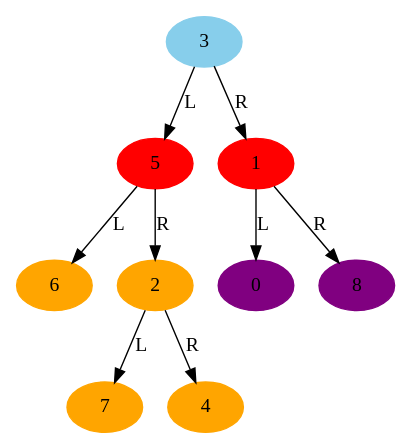
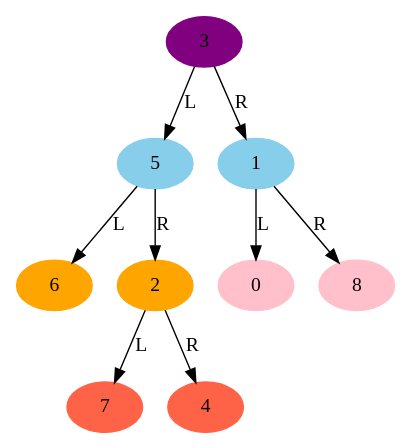
The diagram in btree/output/tree_by_string.gv (Batman001/leetcode_in_python), drawn with Graphviz before and after one commit. The commit also changed 11 other files, not shown here.

```diff
--- a/btree/output/tree_by_string.gv
+++ b/btree/output/tree_by_string.gv
@@ -1,20 +1,20 @@
 // Binary Tree
 digraph {
-	"ebc80d68-2139-11ea-9b93-4074e04adad9" [label=3 color=skyblue style=filled]
-	"ebc80d69-2139-11ea-a0ba-4074e04adad9" [label=5 color=red style=filled]
-	"ebc80d68-2139-11ea-9b93-4074e04adad9" -> "ebc80d69-2139-11ea-a0ba-4074e04adad9" [label=L]
-	"ebc80d6a-2139-11ea-854a-4074e04adad9" [label=6 color=orange style=filled]
-	"ebc80d69-2139-11ea-a0ba-4074e04adad9" -> "ebc80d6a-2139-11ea-854a-4074e04adad9" [label=L]
-	"ebc80d6b-2139-11ea-8608-4074e04adad9" [label=2 color=orange style=filled]
-	"ebc80d69-2139-11ea-a0ba-4074e04adad9" -> "ebc80d6b-2139-11ea-8608-4074e04adad9" [label=R]
-	"ebc80d6c-2139-11ea-befc-4074e04adad9" [label=7 color=orange style=filled]
-	"ebc80d6b-2139-11ea-8608-4074e04adad9" -> "ebc80d6c-2139-11ea-befc-4074e04adad9" [label=L]
-	"ebc80d6d-2139-11ea-971d-4074e04adad9" [label=4 color=orange style=filled]
-	"ebc80d6b-2139-11ea-8608-4074e04adad9" -> "ebc80d6d-2139-11ea-971d-4074e04adad9" [label=R]
-	"ebc80d6e-2139-11ea-aca7-4074e04adad9" [label=1 color=red style=filled]
-	"ebc80d68-2139-11ea-9b93-4074e04adad9" -> "ebc80d6e-2139-11ea-aca7-4074e04adad9" [label=R]
-	"ebc80d6f-2139-11ea-a3aa-4074e04adad9" [label=0 color=purple style=filled]
-	"ebc80d6e-2139-11ea-aca7-4074e04adad9" -> "ebc80d6f-2139-11ea-a3aa-4074e04adad9" [label=L]
-	"ebc80d70-2139-11ea-ab48-4074e04adad9" [label=8 color=purple style=filled]
-	"ebc80d6e-2139-11ea-aca7-4074e04adad9" -> "ebc80d70-2139-11ea-ab48-4074e04adad9" [label=R]
+	"4f54cd28-a1aa-11eb-b4b0-1e00da1ed869" [label=3 color=purple style=filled]
+	"4f54d23c-a1aa-11eb-b4b0-1e00da1ed869" [label=5 color=skyblue style=filled]
+	"4f54cd28-a1aa-11eb-b4b0-1e00da1ed869" -> "4f54d23c-a1aa-11eb-b4b0-1e00da1ed869" [label=L]
+	"4f54d372-a1aa-11eb-b4b0-1e00da1ed869" [label=6 color=orange style=filled]
+	"4f54d23c-a1aa-11eb-b4b0-1e00da1ed869" -> "4f54d372-a1aa-11eb-b4b0-1e00da1ed869" [label=L]
+	"4f54d444-a1aa-11eb-b4b0-1e00da1ed869" [label=2 color=orange style=filled]
+	"4f54d23c-a1aa-11eb-b4b0-1e00da1ed869" -> "4f54d444-a1aa-11eb-b4b0-1e00da1ed869" [label=R]
+	"4f54d516-a1aa-11eb-b4b0-1e00da1ed869" [label=7 color=tomato style=filled]
+	"4f54d444-a1aa-11eb-b4b0-1e00da1ed869" -> "4f54d516-a1aa-11eb-b4b0-1e00da1ed869" [label=L]
+	"4f54d606-a1aa-11eb-b4b0-1e00da1ed869" [label=4 color=tomato style=filled]
+	"4f54d444-a1aa-11eb-b4b0-1e00da1ed869" -> "4f54d606-a1aa-11eb-b4b0-1e00da1ed869" [label=R]
+	"4f54d6c4-a1aa-11eb-b4b0-1e00da1ed869" [label=1 color=skyblue style=filled]
+	"4f54cd28-a1aa-11eb-b4b0-1e00da1ed869" -> "4f54d6c4-a1aa-11eb-b4b0-1e00da1ed869" [label=R]
+	"4f54d782-a1aa-11eb-b4b0-1e00da1ed869" [label=0 color=pink style=filled]
+	"4f54d6c4-a1aa-11eb-b4b0-1e00da1ed869" -> "4f54d782-a1aa-11eb-b4b0-1e00da1ed869" [label=L]
+	"4f54d84a-a1aa-11eb-b4b0-1e00da1ed869" [label=8 color=pink style=filled]
+	"4f54d6c4-a1aa-11eb-b4b0-1e00da1ed869" -> "4f54d84a-a1aa-11eb-b4b0-1e00da1ed869" [label=R]
 }
```
